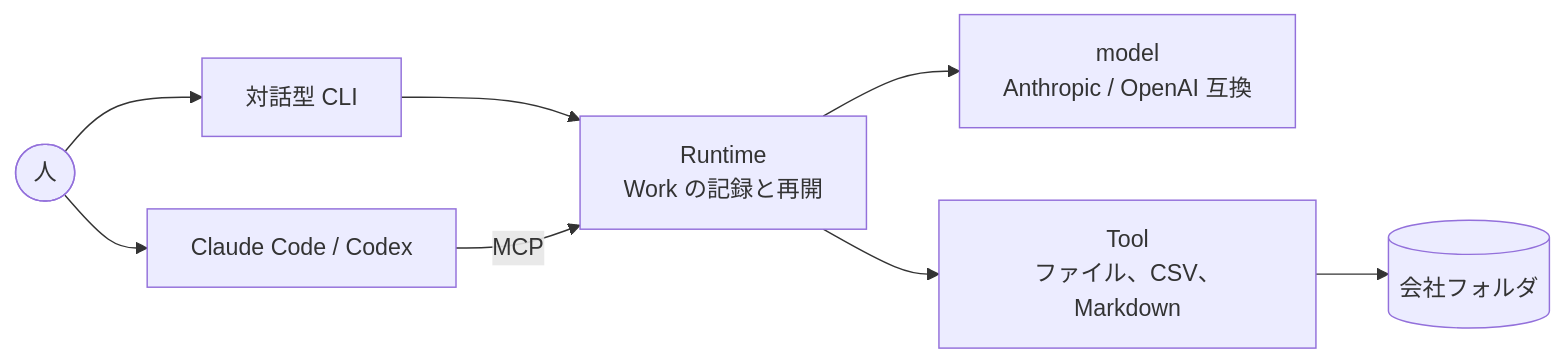
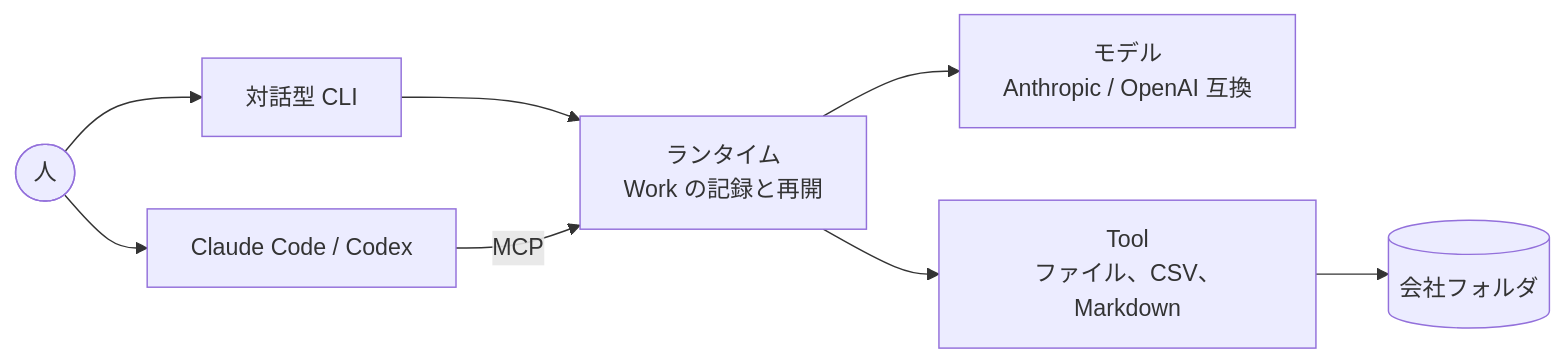
The diagram in README.md (openshain/openshain), drawn with Mermaid before and after one commit. The commit also changed other lines of this file and 3 other files, not shown here.

Commit message:
docs: モデル, ランタイム, プロバイダー and サーバー in Japanese prose instead of the English words

````diff
--- a/README.md
+++ b/README.md
@@ -109,10 +109,10 @@
 ```mermaid
 flowchart LR
   P([人]) --> CLI[対話型 CLI]
   P --> CC[Claude Code / Codex]
-  CLI --> R[Runtime<br>Work の記録と再開]
+  CLI --> R[ランタイム<br>Work の記録と再開]
   CC -- MCP --> R
-  R --> M[model<br>Anthropic / OpenAI 互換]
+  R --> M[モデル<br>Anthropic / OpenAI 互換]
   R --> T[Tool<br>ファイル、CSV、Markdown]
   T --> F[(会社フォルダ)]
 ```
````
